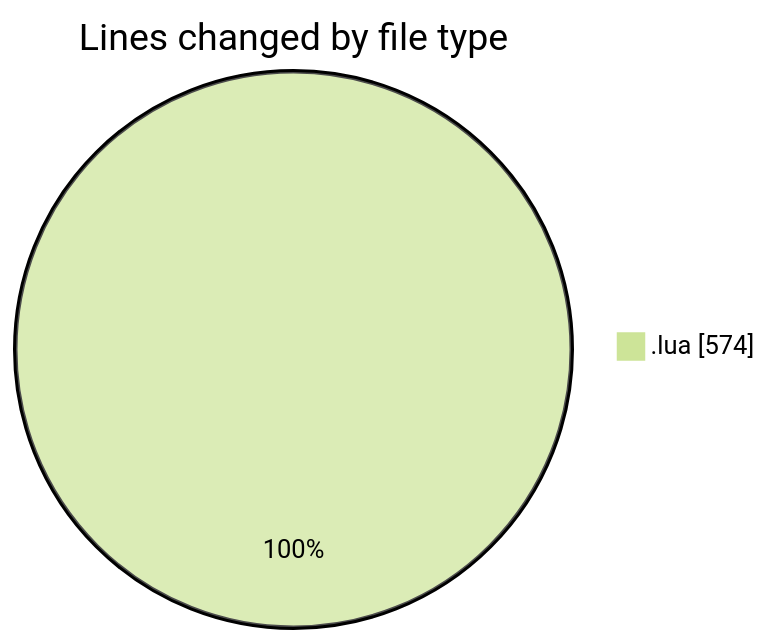
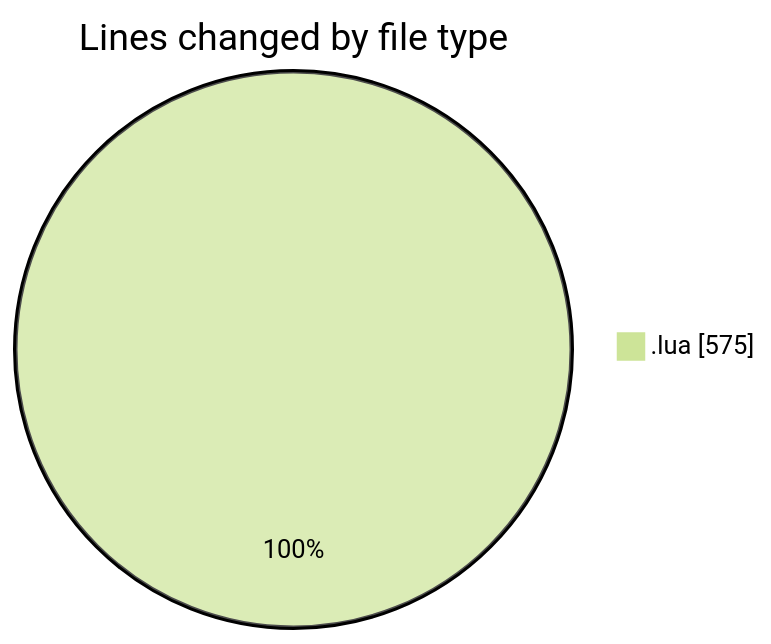
The first of 2 diagrams in 2025-08-10/_hammerspoon/README.md (EIIisD/code-tracking), drawn with Mermaid (forest theme) before and after one commit. The commit also changed other lines of this file and 1 other file, not shown here.

````diff
--- a/2025-08-10/_hammerspoon/README.md
+++ b/2025-08-10/_hammerspoon/README.md
@@ -22,5 +22,5 @@
 ```mermaid
 pie showData
 title Lines changed by file type
-".lua" : 574
+".lua" : 575
 ```
````
